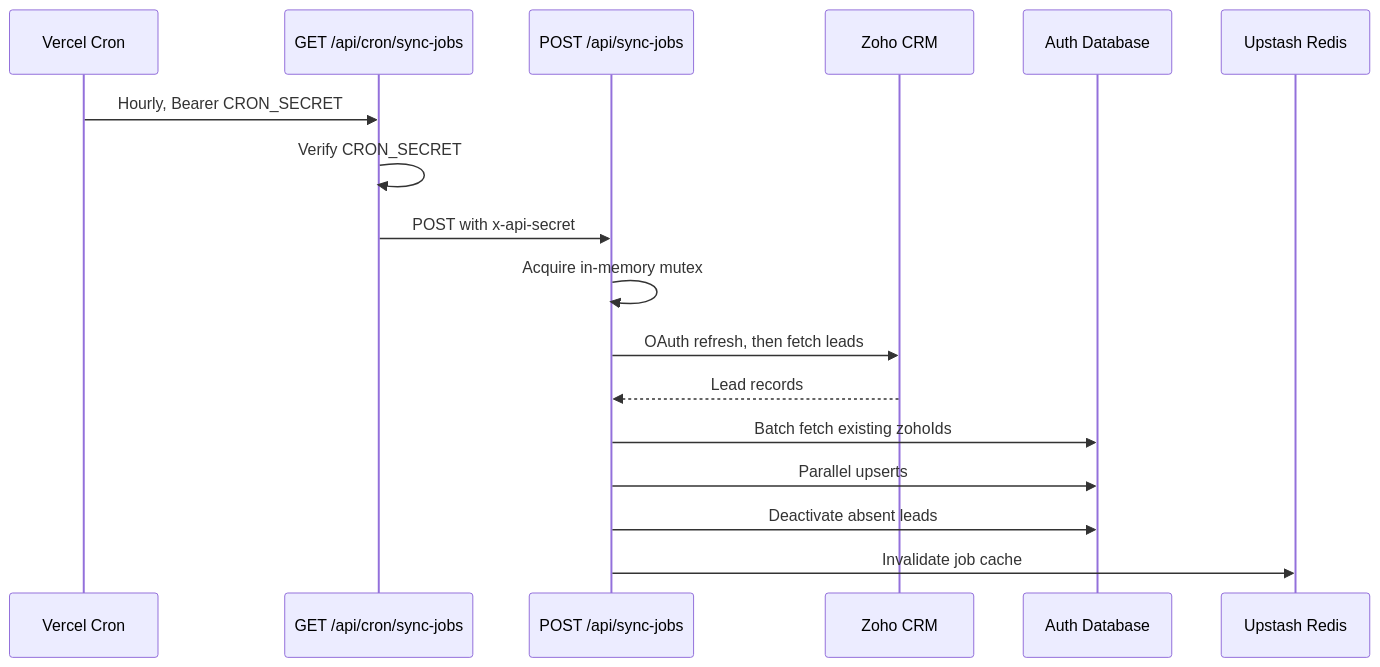
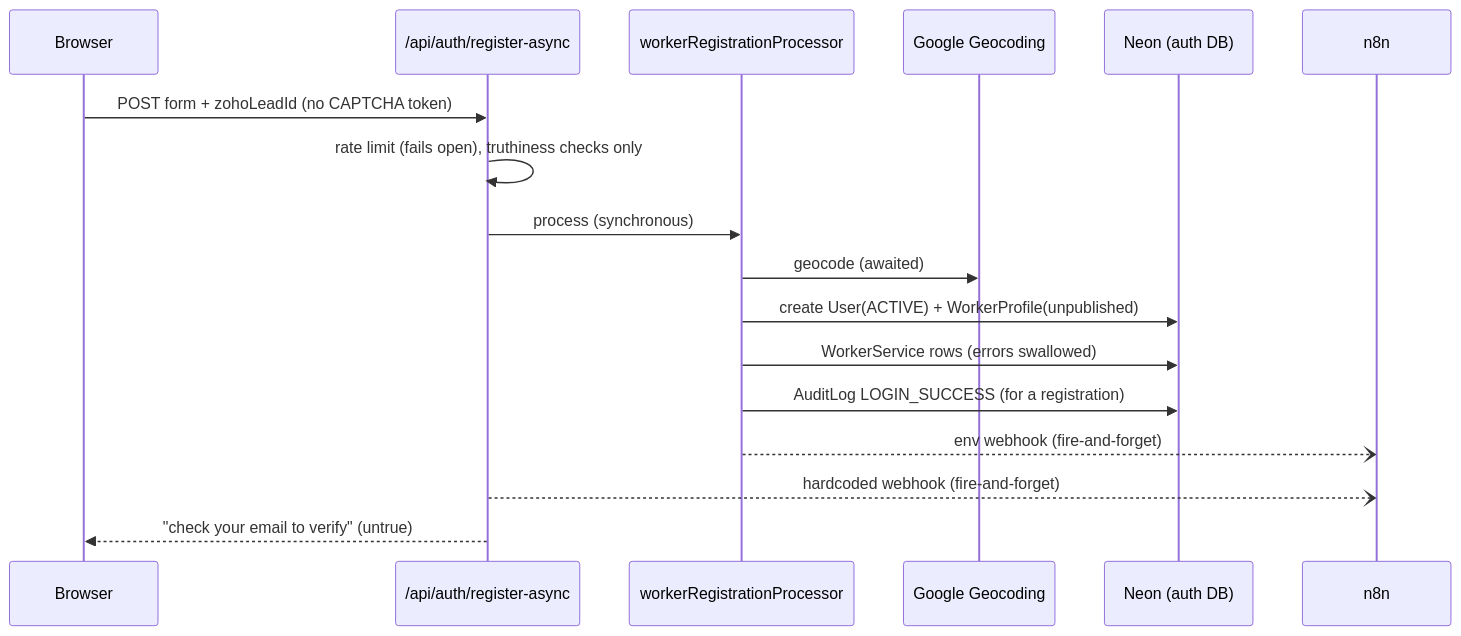
One commit to remontasupport/remontamarketplace changed the second of 3 diagrams in aidlc-docs/inception/reverse-engineering/architecture.md. Above: the diagram before and after it, drawn with Mermaid. The commit also changed other lines of this file and 72 other files, not shown here.

````diff
--- a/aidlc-docs/inception/reverse-engineering/architecture.md
+++ b/aidlc-docs/inception/reverse-engineering/architecture.md
@@ -216,20 +108,19 @@
 ```mermaid
 sequenceDiagram
-    participant Cron as Vercel Cron
-    participant CronAPI as GET /api/cron/sync-jobs
-    participant SyncAPI as POST /api/sync-jobs
-    participant Zoho as Zoho CRM
-    participant DB as Auth Database
-    participant Redis as Upstash Redis
-
-    Cron->>CronAPI: Hourly, Bearer CRON_SECRET
-    CronAPI->>CronAPI: Verify CRON_SECRET
-    CronAPI->>SyncAPI: POST with x-api-secret
-    SyncAPI->>SyncAPI: Acquire in-memory mutex
-    SyncAPI->>Zoho: OAuth refresh, then fetch leads
-    Zoho-->>SyncAPI: Lead records
-    SyncAPI->>DB: Batch fetch existing zohoIds
-    SyncAPI->>DB: Parallel upserts
-    SyncAPI->>DB: Deactivate absent leads
-    SyncAPI->>Redis: Invalidate job cache
+    participant B as Browser
+    participant R as /api/auth/register-async
+    participant P as workerRegistrationProcessor
+    participant G as Google Geocoding
+    participant DB as Neon (auth DB)
+    participant N as n8n
+    B->>R: POST form + zohoLeadId (no CAPTCHA token)
+    R->>R: rate limit (fails open), truthiness checks only
+    R->>P: process (synchronous)
+    P->>G: geocode (awaited)
+    P->>DB: create User(ACTIVE) + WorkerProfile(unpublished)
+    P->>DB: WorkerService rows (errors swallowed)
+    P->>DB: AuditLog LOGIN_SUCCESS (for a registration)
+    P--)N: env webhook (fire-and-forget)
+    R--)N: hardcoded webhook (fire-and-forget)
+    R-->>B: "check your email to verify" (untrue)
 ```
````
